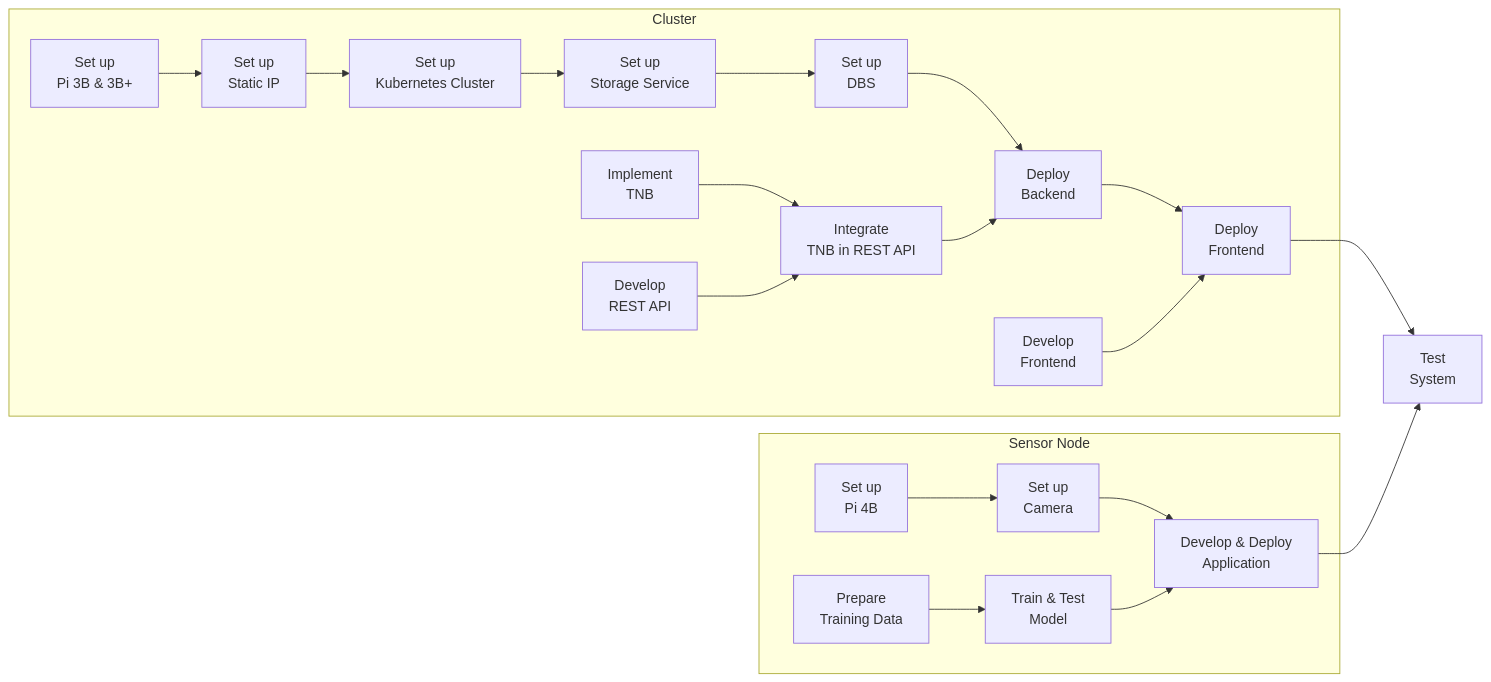
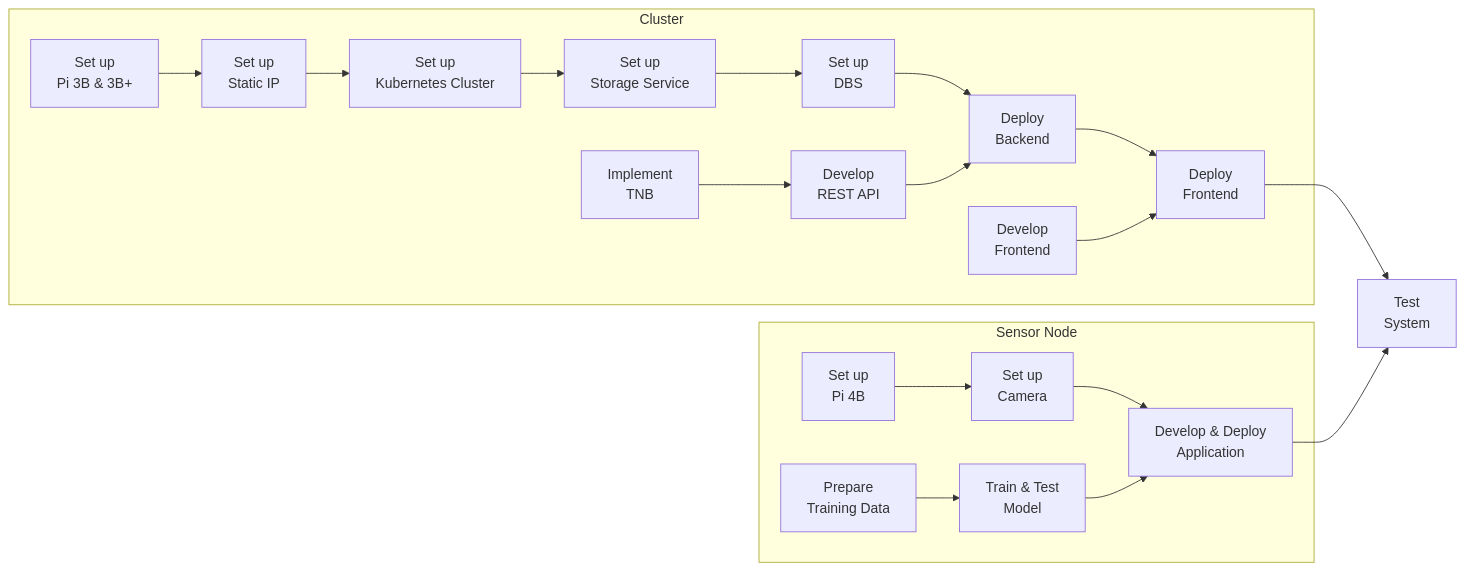
The fourth of 4 diagrams in docs/Group_2_SS23_ProjectReport.md (ccfrauasgr2/pet-detection), drawn with Mermaid before and after one commit. The commit also changed other lines of this file, not shown here.

````diff
--- a/docs/Group_2_SS23_ProjectReport.md
+++ b/docs/Group_2_SS23_ProjectReport.md
@@ -242,45 +241,44 @@
 ```mermaid
 flowchart LR
     
     subgraph Sensor Node
     id11[Set up\nPi 4B]
     id12[Set up\nCamera]
     id13[Prepare\nTraining Data]
     id14[Train & Test\nModel]
     id15[Develop & Deploy\nApplication]
   
     
     id11 --> id12 --> id15
     id13 --> id14 --> id15
     
     
     end
         
     subgraph Cluster
     id21[Set up\nPi 3B & 3B+]
     id22[Set up\nStatic IP]
     id23[Set up\nKubernetes Cluster]
     id24[Set up\nStorage Service]
     id25[Develop\nREST API]
     id26[Deploy\nBackend]
     id27[Set up\nDBS]
     
 
     id21 --> id22 --> id23 --> id24 --> id27
-    id33 & id25 --> id34
-    id27 & id34 --> id26
+    id27 & id25 --> id26
         
     id31[Develop\nFrontend]
     id32[Deploy\nFrontend]
     id33[Implement\nTNB]
-    id34[Integrate\nTNB in REST API]
 
     id26 & id31 --> id32
+    id33 --> id25
     end
 
     
     id51[Test\nSystem]
 
     id32 & id15 --> id51
     
 ```
````
